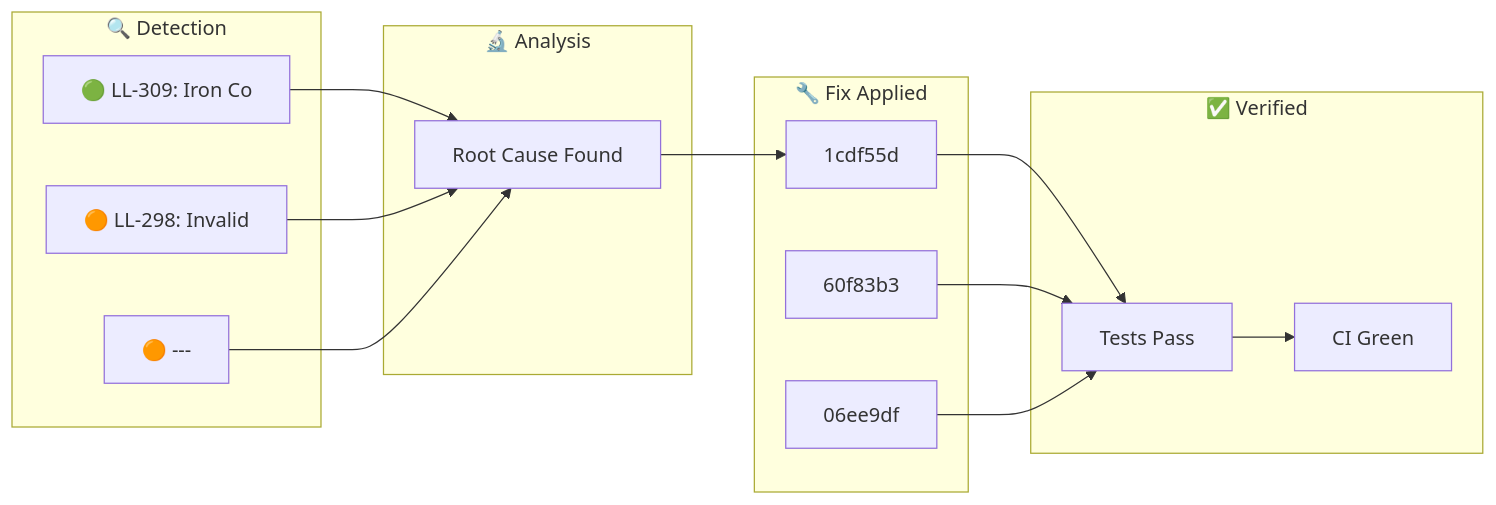
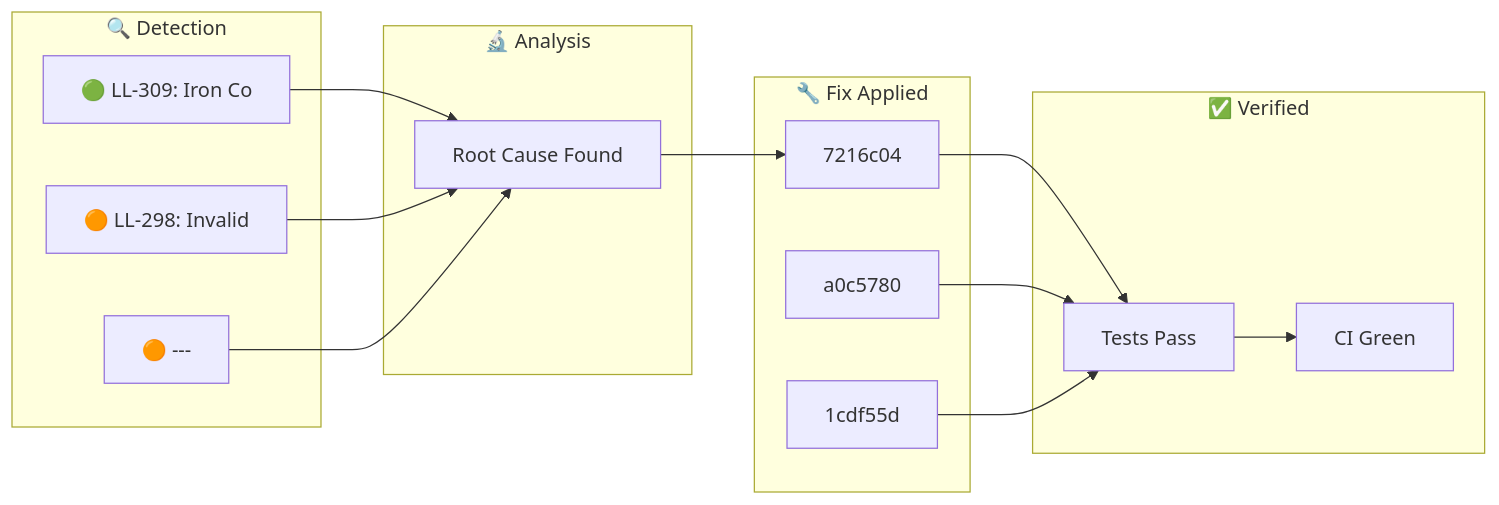
Before and after one commit to YoByron/trading: the diagram in docs/_posts/2026-01-27-ralph-discovery.md, drawn with Mermaid. The commit also changed other lines of this file, not shown here.

````diff
--- a/docs/_posts/2026-01-27-ralph-discovery.md
+++ b/docs/_posts/2026-01-27-ralph-discovery.md
@@ -17,28 +17,28 @@
 ```mermaid
 flowchart LR
     subgraph Detection["🔍 Detection"]
         D1["🟢 LL-309: Iron Co"]
         D2["🟠 LL-298: Invalid"]
         D3["🟠 ---"]
     end
     subgraph Analysis["🔬 Analysis"]
         A1["Root Cause Found"]
     end
     subgraph Fix["🔧 Fix Applied"]
-        F1["1cdf55d"]
-        F2["60f83b3"]
-        F3["06ee9df"]
+        F1["7216c04"]
+        F2["a0c5780"]
+        F3["1cdf55d"]
     end
     subgraph Verify["✅ Verified"]
         V1["Tests Pass"]
         V2["CI Green"]
     end
     D1 --> A1
     D2 --> A1
     D3 --> A1
     A1 --> F1
     F1 --> V1
     F2 --> V1
     F3 --> V1
     V1 --> V2
 ```
````
